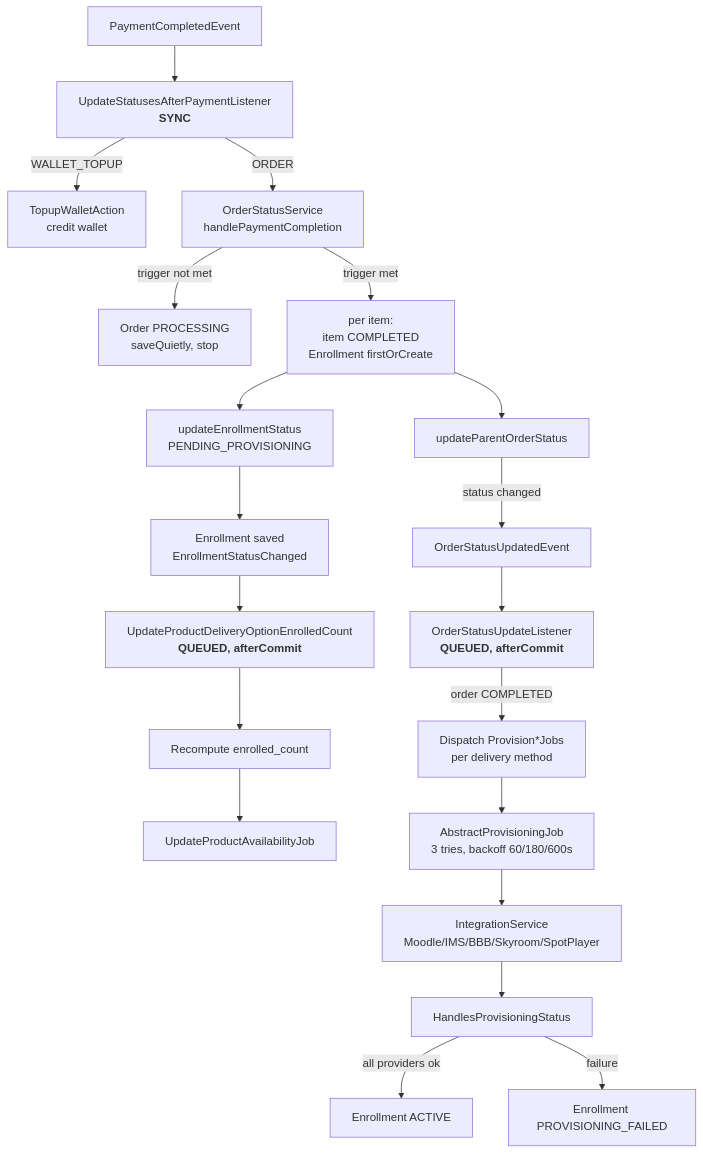
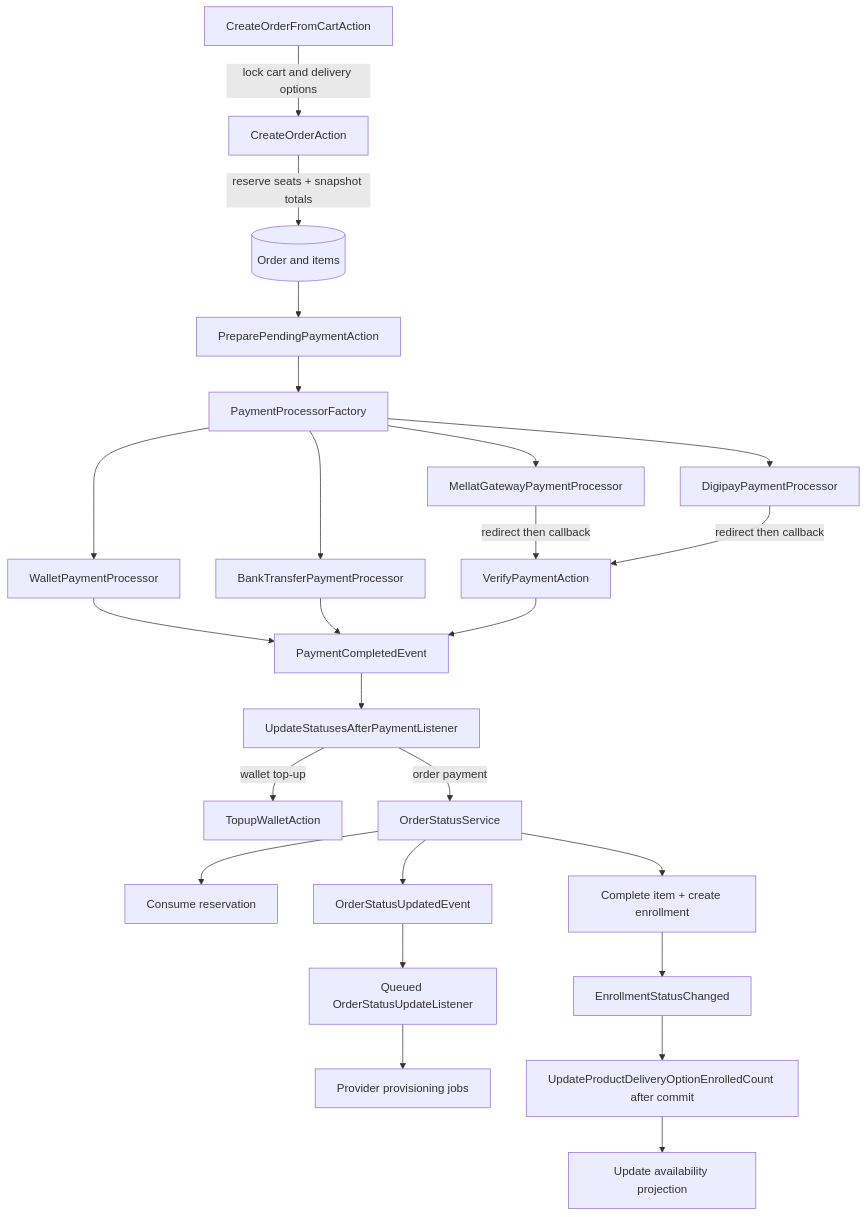
One commit to SaeidSharafi/JeduApi changed the second of 4 diagrams in docs/Architecture/Checkout-Order-Payment-System.md. Above: the diagram before and after it, drawn with Mermaid. The commit also changed other lines of this file and 26 other files, not shown here.

First line of the commit message:
docs: consolidate architecture documentation

````diff
--- a/docs/Architecture/Checkout-Order-Payment-System.md
+++ b/docs/Architecture/Checkout-Order-Payment-System.md
@@ -381,26 +21,31 @@
 ```mermaid
 flowchart TD
-    PC[PaymentCompletedEvent] --> UL[UpdateStatusesAfterPaymentListener<br/><b>SYNC</b>]
-    UL -->|WALLET_TOPUP| TW[TopupWalletAction<br/>credit wallet]
-    UL -->|ORDER| OS[OrderStatusService<br/>handlePaymentCompletion]
+    C[CreateOrderFromCartAction] -->|lock cart and delivery options| O[CreateOrderAction]
+    O -->|reserve seats + snapshot totals| DB[(Order and items)]
+    DB --> PP[PreparePendingPaymentAction]
+    PP --> PF[PaymentProcessorFactory]
 
-    OS -->|trigger not met| WP[Order PROCESSING<br/>saveQuietly, stop]
-    OS -->|trigger met| CI[per item:<br/>item COMPLETED<br/>Enrollment firstOrCreate]
-    CI --> UE[updateEnrollmentStatus<br/>PENDING_PROVISIONING]
-    CI --> UP[updateParentOrderStatus]
+    PF --> WP[WalletPaymentProcessor]
+    PF --> BP[BankTransferPaymentProcessor]
+    PF --> MP[MellatGatewayPaymentProcessor]
+    PF --> DP[DigipayPaymentProcessor]
 
-    UP -->|status changed| OU[OrderStatusUpdatedEvent]
-    OU --> OSL[OrderStatusUpdateListener<br/><b>QUEUED, afterCommit</b>]
-    OSL -->|order COMPLETED| PJ[Dispatch Provision*Jobs<br/>per delivery method]
+    MP -->|redirect then callback| VP[VerifyPaymentAction]
+    DP -->|redirect then callback| VP
+    WP --> PCE[PaymentCompletedEvent]
+    BP --> PCE
+    VP --> PCE
 
-    UE --> ES[Enrollment saved<br/>EnrollmentStatusChanged]
-    ES --> ECL[UpdateProductDeliveryOptionEnrolledCount<br/><b>QUEUED, afterCommit</b>]
-    ECL --> RC[Recompute enrolled_count]
-    RC --> UA[UpdateProductAvailabilityJob]
+    PCE --> US[UpdateStatusesAfterPaymentListener]
+    US -->|wallet top-up| TW[TopupWalletAction]
+    US -->|order payment| OS[OrderStatusService]
+    OS --> RS[Consume reservation]
+    OS --> EI[Complete item + create enrollment]
+    OS --> OU[OrderStatusUpdatedEvent]
+    OU --> OSL[Queued OrderStatusUpdateListener]
+    OSL --> PJ[Provider provisioning jobs]
 
-    PJ --> AJ[AbstractProvisioningJob<br/>3 tries, backoff 60/180/600s]
-    AJ --> IS[IntegrationService<br/>Moodle/IMS/BBB/Skyroom/SpotPlayer]
-    IS --> HS[HandlesProvisioningStatus]
-    HS -->|all providers ok| EA[Enrollment ACTIVE]
-    HS -->|failure| EF[Enrollment PROVISIONING_FAILED]
+    EI --> ES[EnrollmentStatusChanged]
+    ES --> EC[UpdateProductDeliveryOptionEnrolledCount after commit]
+    EC --> AV[Update availability projection]
 ```
````
